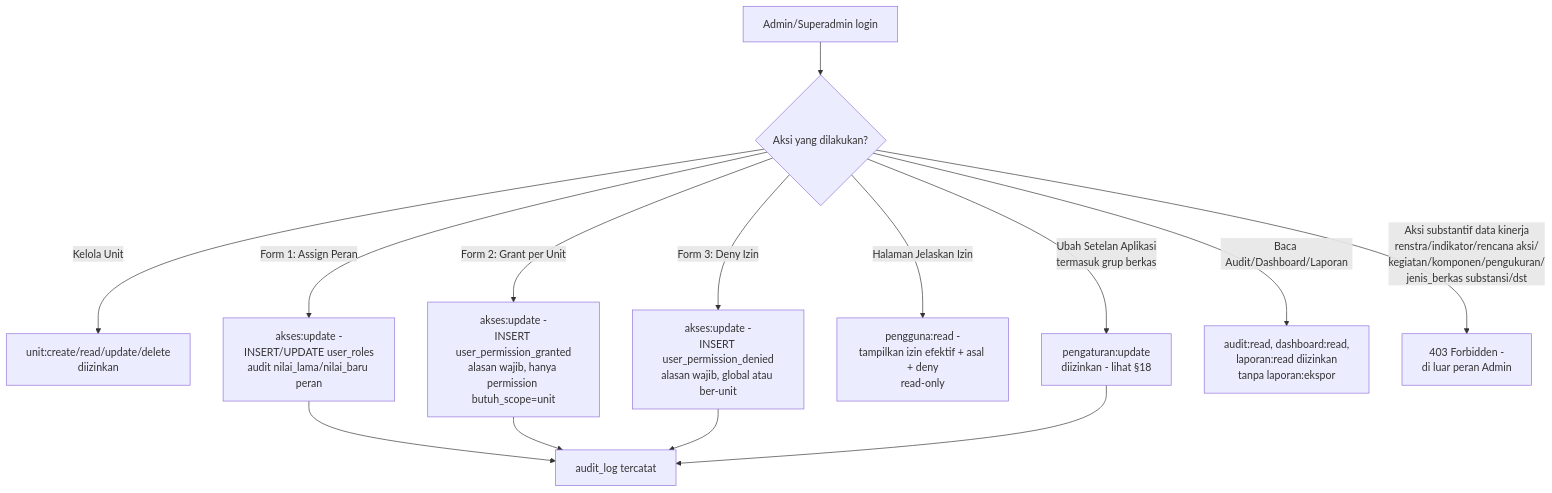
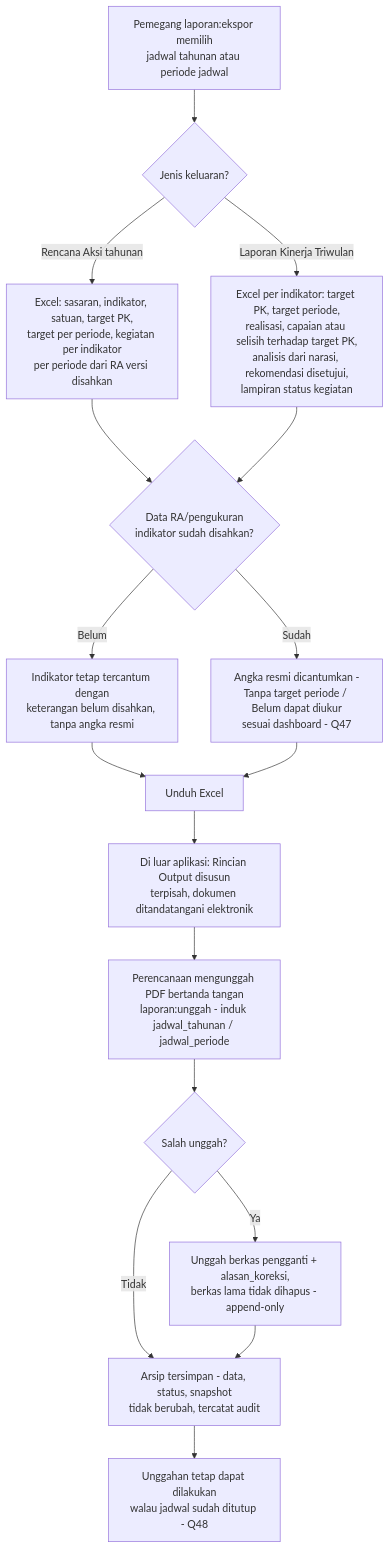
One commit to LLDIKTI-XVI-TEAM/SAKIP changed diagram 21 of 21 in document/SAKIP - Workflow.md. Above: the diagram before and after it, drawn with Mermaid. The commit also changed other lines of this file and 1271 other files, not shown here.

````diff
--- a/document/SAKIP - Workflow.md
+++ b/document/SAKIP - Workflow.md
@@ -1736,16 +2426,19 @@
 ```mermaid
 flowchart TD
-    A[Admin/Superadmin login] --> B{Aksi yang dilakukan?}
-    B -- Kelola Unit --> C[unit:create/read/update/delete\ndiizinkan]
-    B -- Form 1: Assign Peran --> D1[akses:update -\nINSERT/UPDATE user_roles\naudit nilai_lama/nilai_baru peran]
-    B -- Form 2: Grant per Unit --> D2[akses:update -\nINSERT user_permission_granted\nalasan wajib, hanya permission butuh_scope=unit]
-    B -- Form 3: Deny Izin --> D3[akses:update -\nINSERT user_permission_denied\nalasan wajib, global atau ber-unit]
-    B -- Halaman Jelaskan Izin --> D4[pengguna:read -\ntampilkan izin efektif + asal + deny\nread-only]
-    B -- Ubah Setelan Aplikasi\ntermasuk grup berkas --> E[pengaturan:update\ndiizinkan - lihat §18]
-    B -- Baca Audit/Dashboard/Laporan --> F[audit:read, dashboard:read,\nlaporan:read diizinkan\ntanpa laporan:ekspor]
-    B -- Aksi substantif data kinerja\nrenstra/indikator/rencana aksi/\nkegiatan/komponen/pengukuran/\njenis_berkas substansi/dst --> G[403 Forbidden -\ndi luar peran Admin]
-    D1 --> H[audit_log tercatat]
-    D2 --> H
-    D3 --> H
-    E --> H
+    A[Pemegang laporan:ekspor memilih\njadwal tahunan atau periode jadwal] --> B{Jenis keluaran?}
+    B -- Rencana Aksi tahunan --> C[Excel: sasaran, indikator, satuan, target PK,\ntarget per periode, kegiatan per indikator\nper periode dari RA versi disahkan]
+    B -- Laporan Kinerja Triwulan --> D[Excel per indikator: target PK, target periode,\nrealisasi, capaian atau selisih terhadap target PK,\nanalisis dari narasi, rekomendasi disetujui,\nlampiran status kegiatan]
+    C --> E{Data RA/pengukuran\nindikator sudah disahkan?}
+    D --> E
+    E -- Belum --> F[Indikator tetap tercantum dengan\nketerangan belum disahkan, tanpa angka resmi]
+    E -- Sudah --> G[Angka resmi dicantumkan -\nTanpa target periode / Belum dapat diukur\nsesuai dashboard - Q47]
+    F --> H[Unduh Excel]
+    G --> H
+    H --> I[Di luar aplikasi: Rincian Output disusun\nterpisah, dokumen ditandatangani elektronik]
+    I --> J[Perencanaan mengunggah PDF bertanda tangan\nlaporan:unggah - induk jadwal_tahunan / jadwal_periode]
+    J --> K{Salah unggah?}
+    K -- Ya --> L[Unggah berkas pengganti + alasan_koreksi,\nberkas lama tidak dihapus - append-only]
+    K -- Tidak --> M[Arsip tersimpan - data, status, snapshot\ntidak berubah, tercatat audit]
+    L --> M
+    M --> N[Unggahan tetap dapat dilakukan\nwalau jadwal sudah ditutup - Q48]
 ```
````
